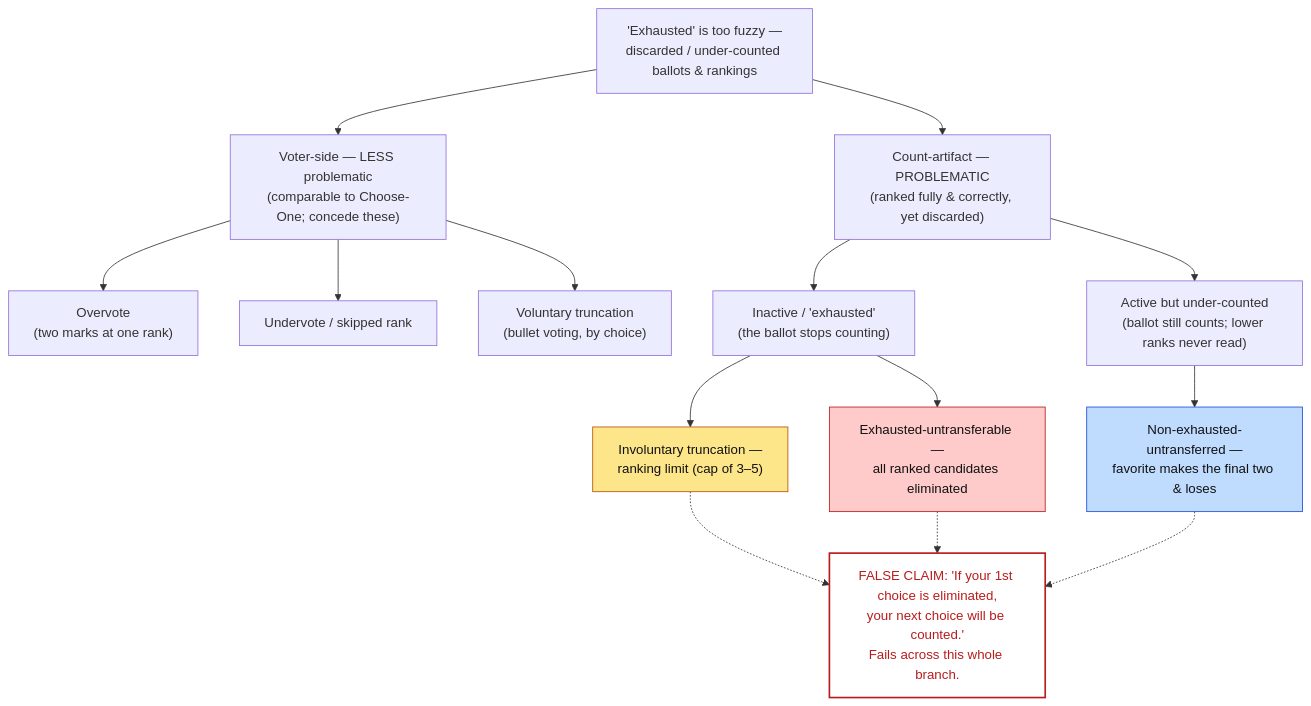
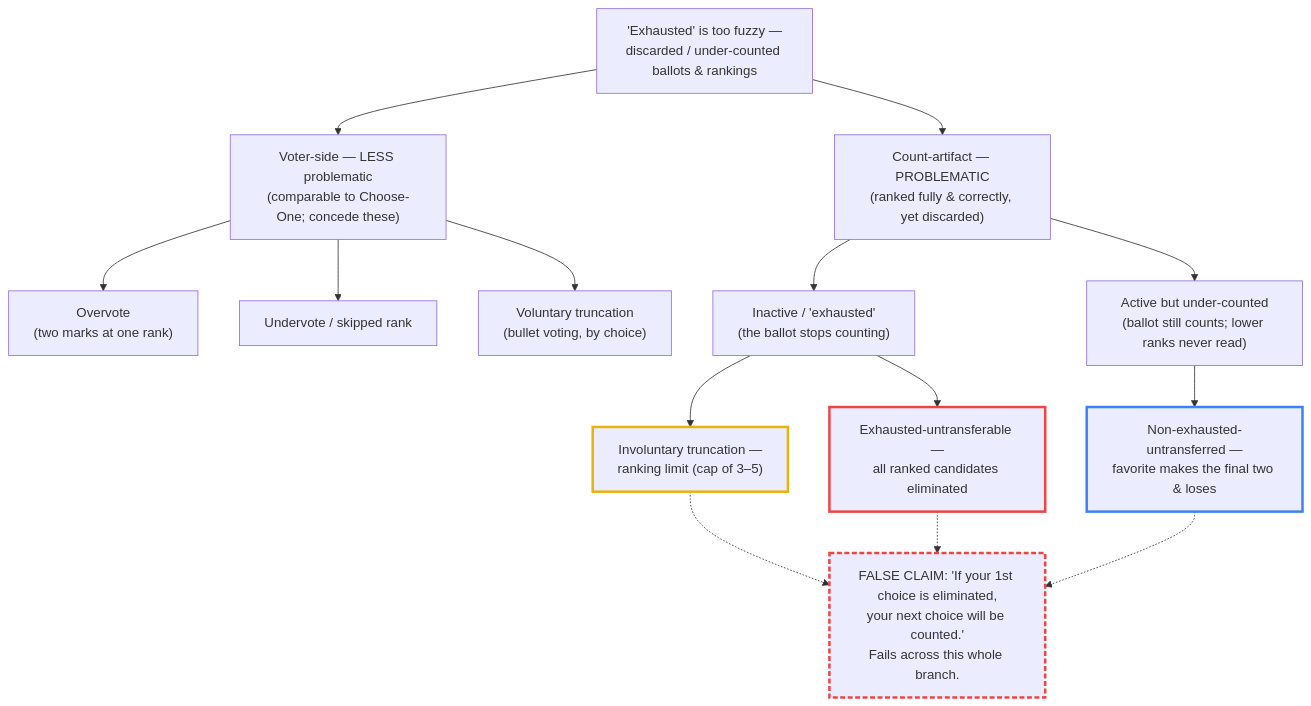
One commit to masiarek/star-voting-library changed the diagram in 00_start_here/RCV_IRV/exhausted_ballots_301.md. Above: the diagram before and after it, drawn with Mermaid. The commit also changed 5 other files, not shown here.

First line of the commit message:
Mermaid: stroke-only class styling — hard-coded light fills were unreadable in dark mode

````diff
--- a/00_start_here/RCV_IRV/exhausted_ballots_301.md
+++ b/00_start_here/RCV_IRV/exhausted_ballots_301.md
@@ -42,31 +42,33 @@
 ```mermaid
 flowchart TD
     R["'Exhausted' is too fuzzy —<br/>discarded / under-counted ballots & rankings"]
     R --> A["Voter-side — LESS problematic<br/>(comparable to Choose-One; concede these)"]
     R --> B["Count-artifact — PROBLEMATIC<br/>(ranked fully & correctly, yet discarded)"]
 
     A --> A1["Overvote<br/>(two marks at one rank)"]
     A --> A2["Undervote / skipped rank"]
     A --> A3["Voluntary truncation<br/>(bullet voting, by choice)"]
 
     B --> B1["Inactive / 'exhausted'<br/>(the ballot stops counting)"]
     B --> B2["Active but under-counted<br/>(ballot still counts; lower ranks never read)"]
 
     B1 --> Y["Involuntary truncation —<br/>ranking limit (cap of 3–5)"]
     B1 --> RR["Exhausted-untransferable —<br/>all ranked candidates eliminated"]
     B2 --> BL["Non-exhausted-untransferred —<br/>favorite makes the final two & loses"]
 
     F["FALSE CLAIM: 'If your 1st choice is eliminated,<br/>your next choice will be counted.'<br/>Fails across this whole branch."]
     Y -.-> F
     RR -.-> F
     BL -.-> F
 
-    classDef yellow fill:#fde68a,stroke:#b45309,color:#111;
-    classDef red fill:#fecaca,stroke:#b91c1c,color:#111;
-    classDef blue fill:#bfdbfe,stroke:#1d4ed8,color:#111;
-    classDef claim fill:#ffffff,stroke:#b91c1c,stroke-width:2px,color:#b91c1c;
+    %% stroke-only highlighting: hard-coded fills break dark mode (the site theme
+    %% controls label color, so light fills get light text); borders work in both.
+    classDef yellow stroke:#eab308,stroke-width:3px;
+    classDef red stroke:#ef4444,stroke-width:3px;
+    classDef blue stroke:#3b82f6,stroke-width:3px;
+    classDef claim stroke:#ef4444,stroke-width:3px,stroke-dasharray:6 3;
     class Y yellow;
     class RR red;
     class BL blue;
     class F claim;
 ```
````
